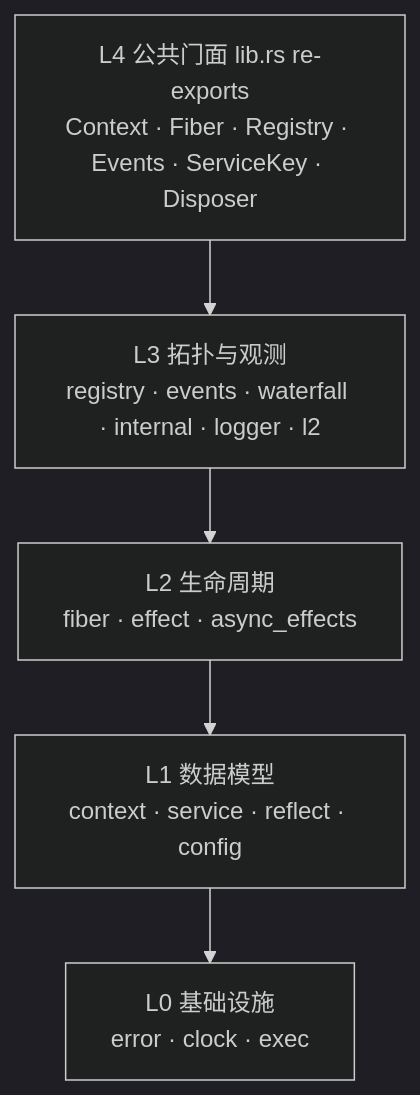
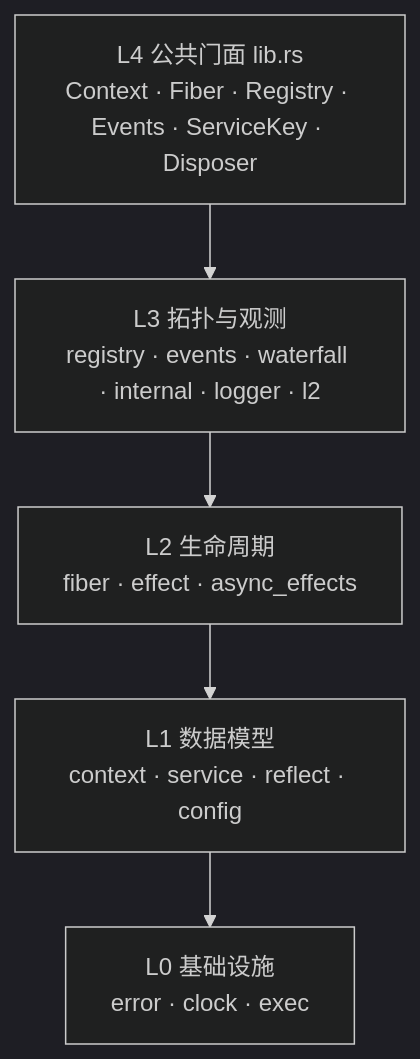
One commit to zeokeel/zeokeel-kernel changed the first of 2 diagrams in docs/ARCHITECTURE-ANALYSIS.md. Above: the diagram before and after it, drawn with Mermaid (dark theme). The commit also changed other lines of this file and 7 other files, not shown here.

Commit message:
feat: Registry.Delete disposes fibers; fiber activity init; concurrent shutdown/single-replace/manual-gate tests

````diff
--- a/docs/ARCHITECTURE-ANALYSIS.md
+++ b/docs/ARCHITECTURE-ANALYSIS.md
@@ -55,9 +55,9 @@
 ```mermaid
 flowchart TB
-    L4["L4 公共门面 lib.rs re-exports<br/>Context · Fiber · Registry · Events · ServiceKey · Disposer"]
+    L4["L4 公共门面 lib.rs<br/>Context · Fiber · Registry · Events · ServiceKey · Disposer"]
     L3["L3 拓扑与观测<br/>registry · events · waterfall · internal · logger · l2"]
     L2["L2 生命周期<br/>fiber · effect · async_effects"]
     L1["L1 数据模型<br/>context · service · reflect · config"]
     L0["L0 基础设施<br/>error · clock · exec"]
     L4 --> L3 --> L2 --> L1 --> L0
 ```
````
